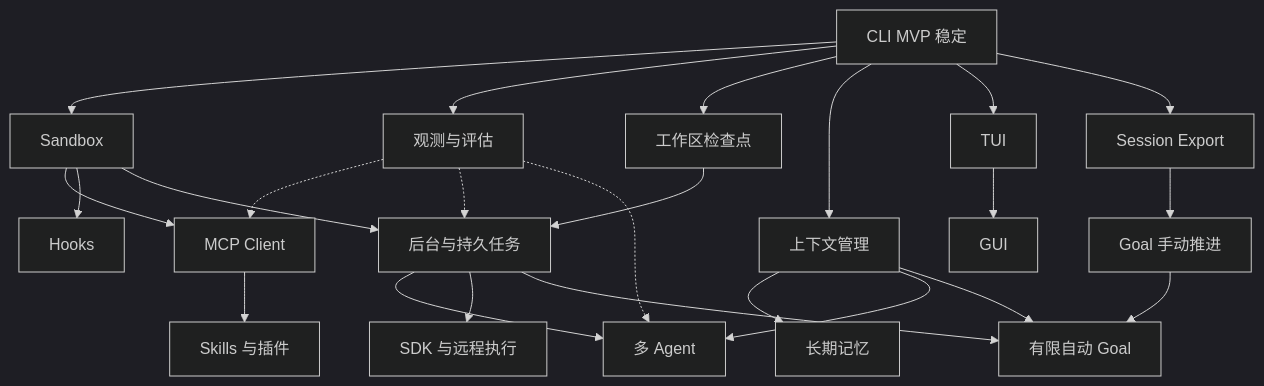
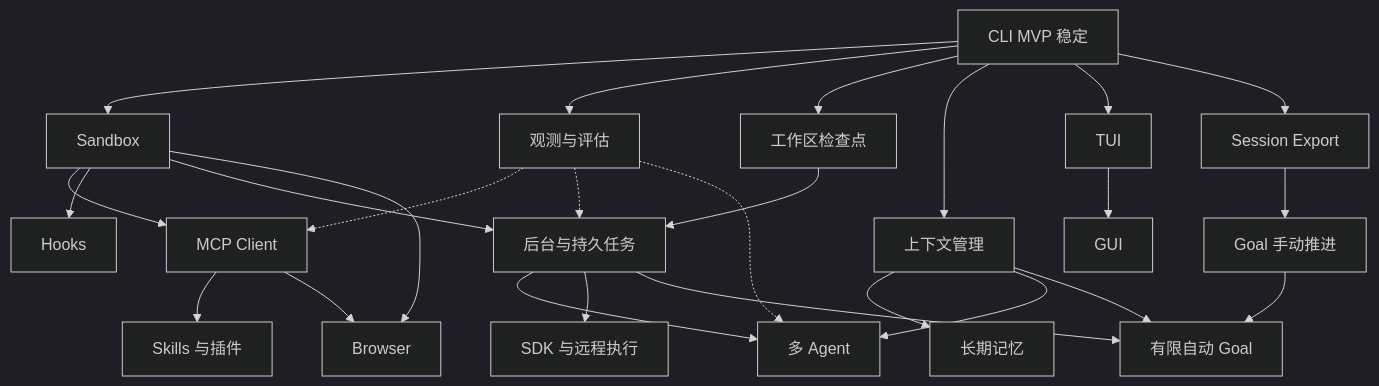
One commit to Ariakage/saya-harness changed the diagram in docs/capability-roadmap.md. Above: the diagram before and after it, drawn with Mermaid (dark theme). The commit also changed other lines of this file and 17 other files, not shown here.

````diff
--- a/docs/capability-roadmap.md
+++ b/docs/capability-roadmap.md
@@ -24,26 +24,28 @@
 ```mermaid
 flowchart TD
     M[CLI MVP 稳定] --> S[Sandbox]
     M --> O[观测与评估]
     S --> C[MCP Client]
     C --> P[Skills 与插件]
     S --> H[Hooks]
     M --> W[工作区检查点]
     M --> X[上下文管理]
     X --> K[长期记忆]
     S --> J[后台与持久任务]
     W --> J
     J --> A[多 Agent]
     X --> A
     J --> R[SDK 与远程执行]
     M --> T[TUI]
     T --> G[GUI]
     M --> E[Session Export]
     E --> GM[Goal 手动推进]
     GM --> GA[有限自动 Goal]
     X --> GA
     J --> GA
+    S --> BR[Browser]
+    C --> BR
     O -.-> C
     O -.-> J
     O -.-> A
 ```
````
